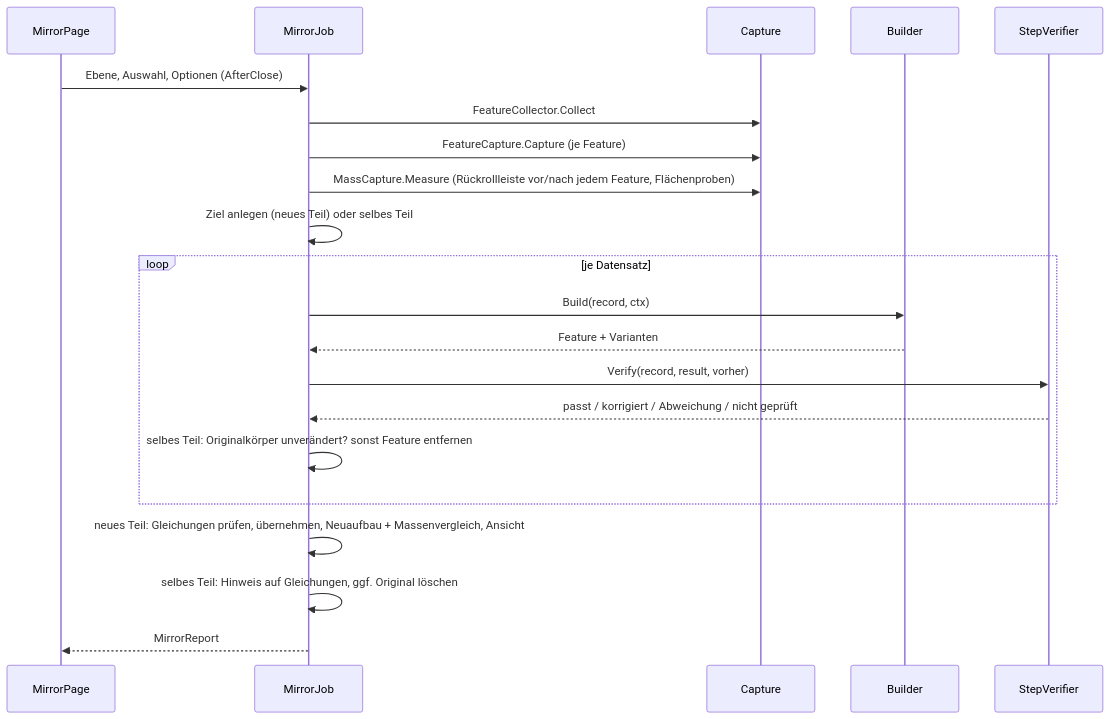
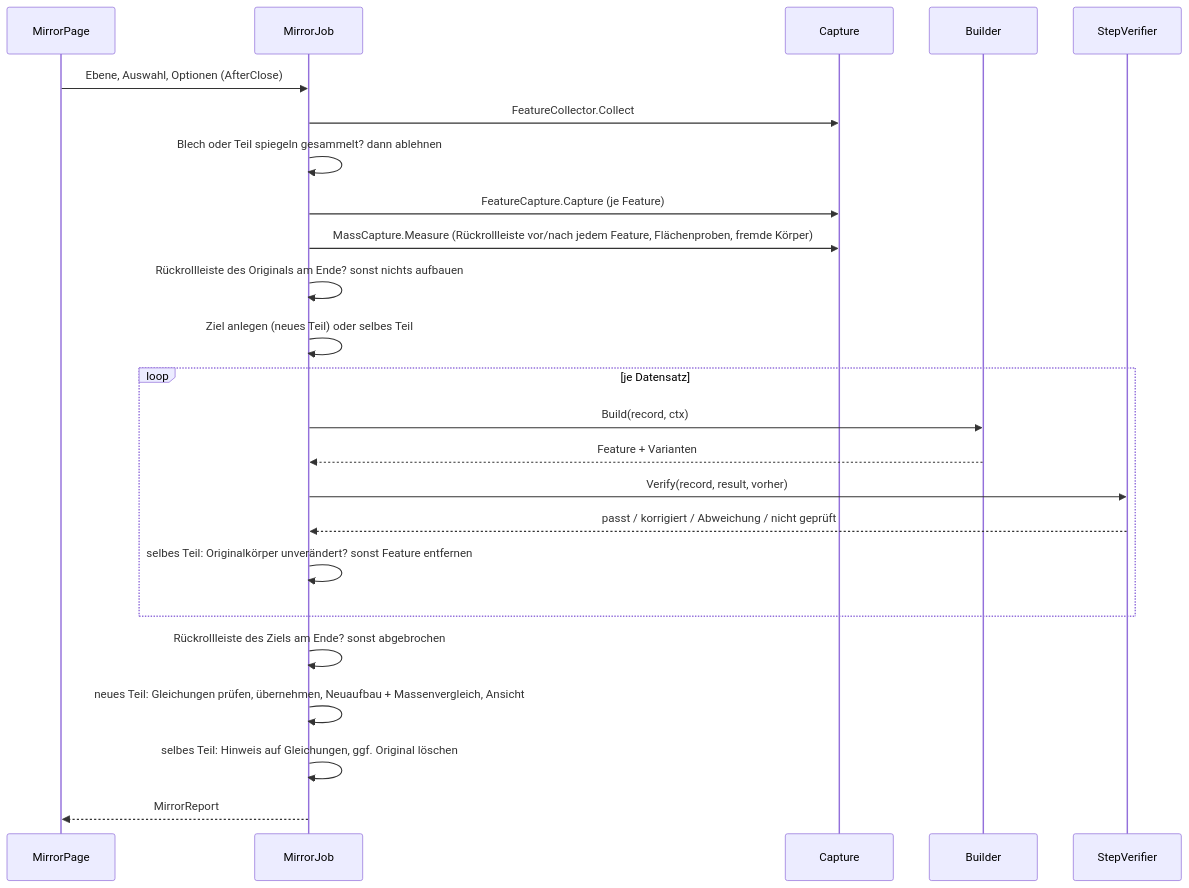
One commit to VanillaIce1983/Claude changed the second of 2 diagrams in spiegelwerk/docs/ARCHITEKTUR.md. Above: the diagram before and after it, drawn with Mermaid. The commit also changed other lines of this file and 2 other files, not shown here.

First line of the commit message:
Spiegelwerk: Doku zu den Korrekturen nach der Prüfung von 9df9ea1

````diff
--- a/spiegelwerk/docs/ARCHITEKTUR.md
+++ b/spiegelwerk/docs/ARCHITEKTUR.md
@@ -93,23 +93,26 @@
 ```mermaid
 sequenceDiagram
     participant UI as MirrorPage
     participant Job as MirrorJob
     participant Cap as Capture
     participant B as Builder
     participant V as StepVerifier
     UI->>Job: Ebene, Auswahl, Optionen (AfterClose)
     Job->>Cap: FeatureCollector.Collect
+    Job->>Job: Blech oder Teil spiegeln gesammelt? dann ablehnen
     Job->>Cap: FeatureCapture.Capture (je Feature)
-    Job->>Cap: MassCapture.Measure (Rückrollleiste vor/nach jedem Feature, Flächenproben)
+    Job->>Cap: MassCapture.Measure (Rückrollleiste vor/nach jedem Feature, Flächenproben, fremde Körper)
+    Job->>Job: Rückrollleiste des Originals am Ende? sonst nichts aufbauen
     Job->>Job: Ziel anlegen (neues Teil) oder selbes Teil
     loop je Datensatz
         Job->>B: Build(record, ctx)
         B-->>Job: Feature + Varianten
         Job->>V: Verify(record, result, vorher)
         V-->>Job: passt / korrigiert / Abweichung / nicht geprüft
         Job->>Job: selbes Teil: Originalkörper unverändert? sonst Feature entfernen
     end
+    Job->>Job: Rückrollleiste des Ziels am Ende? sonst abgebrochen
     Job->>Job: neues Teil: Gleichungen prüfen, übernehmen, Neuaufbau + Massenvergleich, Ansicht
     Job->>Job: selbes Teil: Hinweis auf Gleichungen, ggf. Original löschen
     Job-->>UI: MirrorReport
 ```
````
